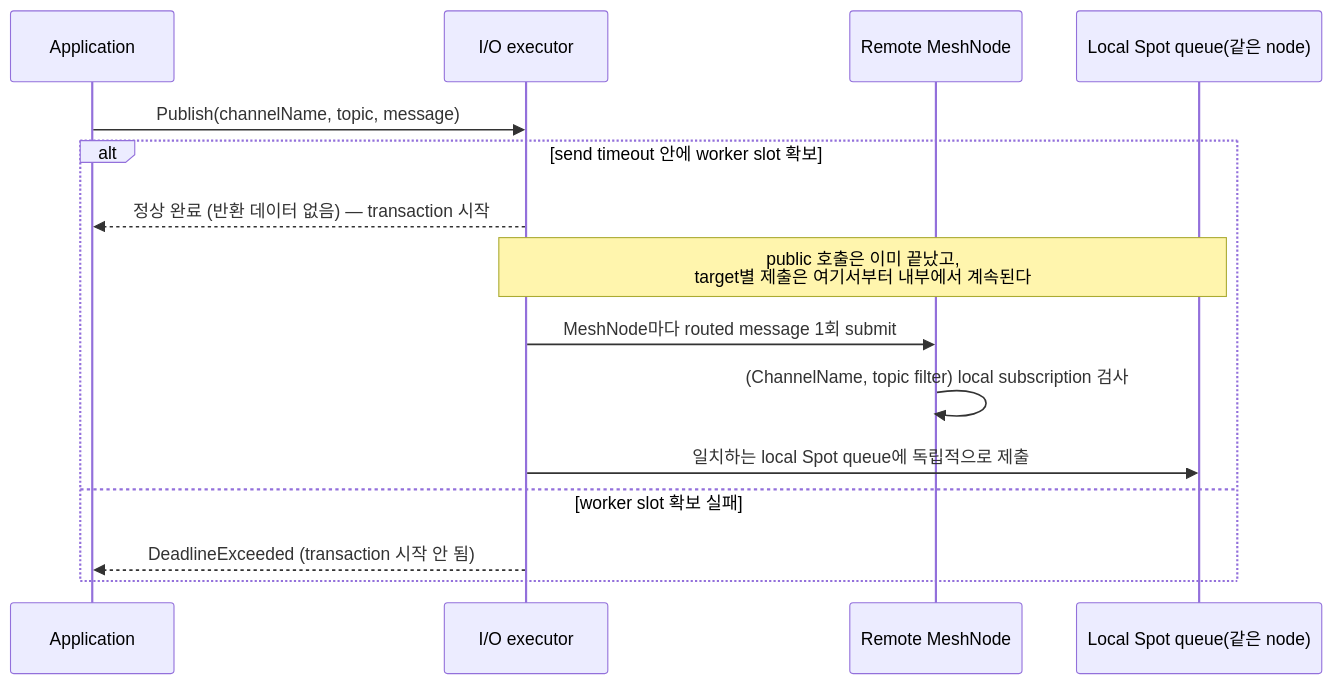
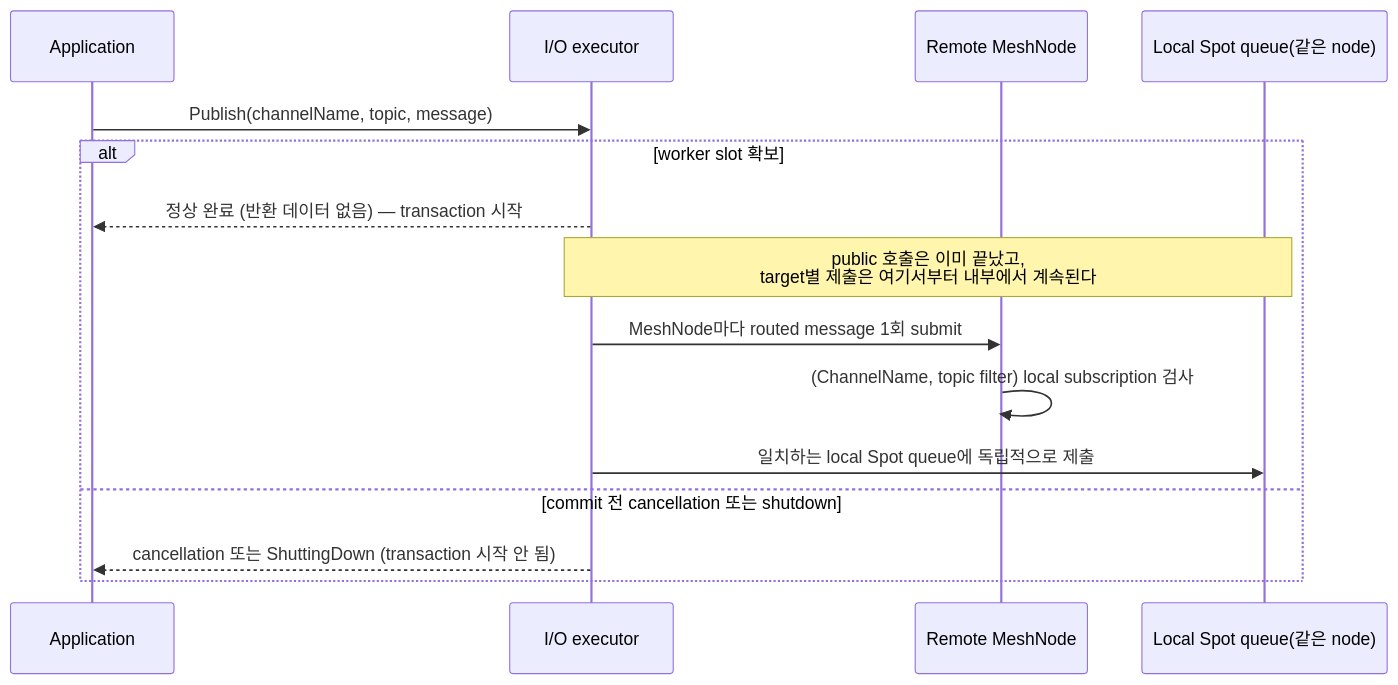
Before and after one commit to zlink-systems/zlink: the fourth of 4 diagrams in framework/doc/framework/common/spec/server/00-foundation/04-interaction-model.ko.md, drawn with Mermaid. The commit also changed other lines of this file and 64 other files, not shown here.

````diff
--- a/framework/doc/framework/common/spec/server/00-foundation/04-interaction-model.ko.md
+++ b/framework/doc/framework/common/spec/server/00-foundation/04-interaction-model.ko.md
@@ -245,18 +245,18 @@
 ```mermaid
 sequenceDiagram
     participant App as Application
     participant Exec as I/O executor
     participant Rem as Remote MeshNode
     participant Loc as Local Spot queue(같은 node)
 
     App->>Exec: Publish(channelName, topic, message)
-    alt send timeout 안에 worker slot 확보
+    alt worker slot 확보
         Exec-->>App: 정상 완료 (반환 데이터 없음) — transaction 시작
         Note over Exec,Loc: public 호출은 이미 끝났고,<br/>target별 제출은 여기서부터 내부에서 계속된다
         Exec->>Rem: MeshNode마다 routed message 1회 submit
         Rem->>Rem: (ChannelName, topic filter) local subscription 검사
         Exec->>Loc: 일치하는 local Spot queue에 독립적으로 제출
-    else worker slot 확보 실패
-        Exec-->>App: DeadlineExceeded (transaction 시작 안 됨)
+    else commit 전 cancellation 또는 shutdown
+        Exec-->>App: cancellation 또는 ShuttingDown (transaction 시작 안 됨)
     end
 ```
````
